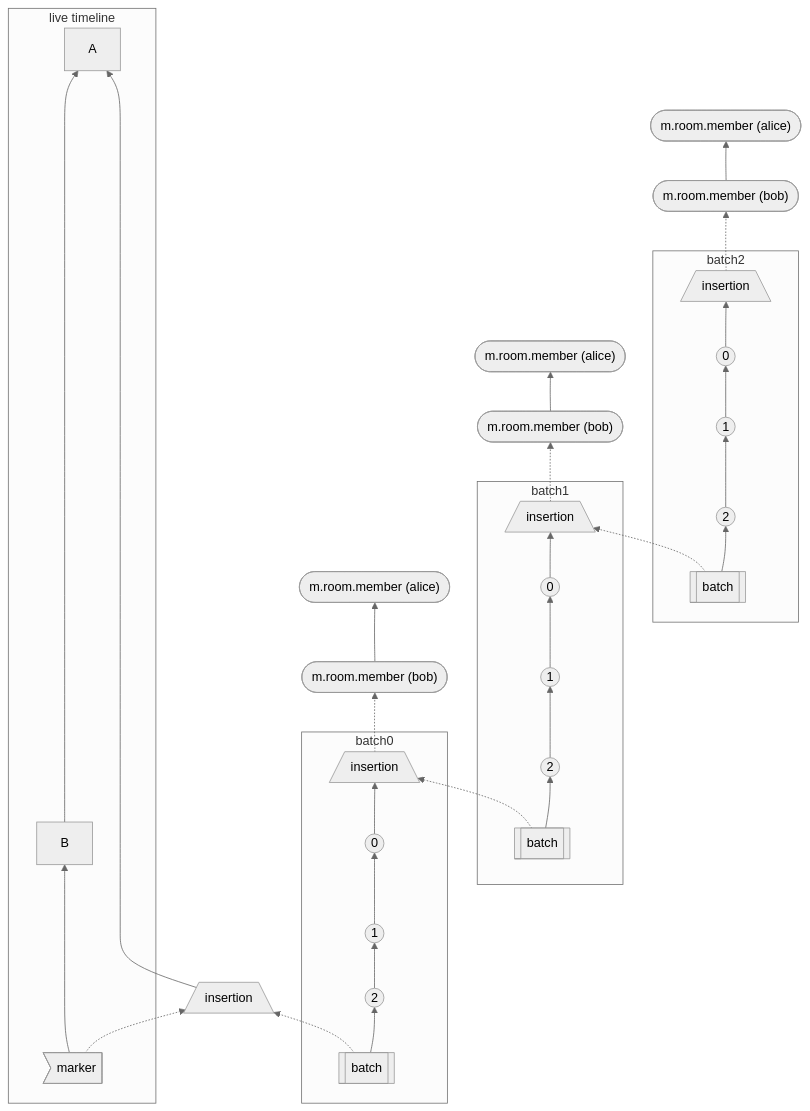
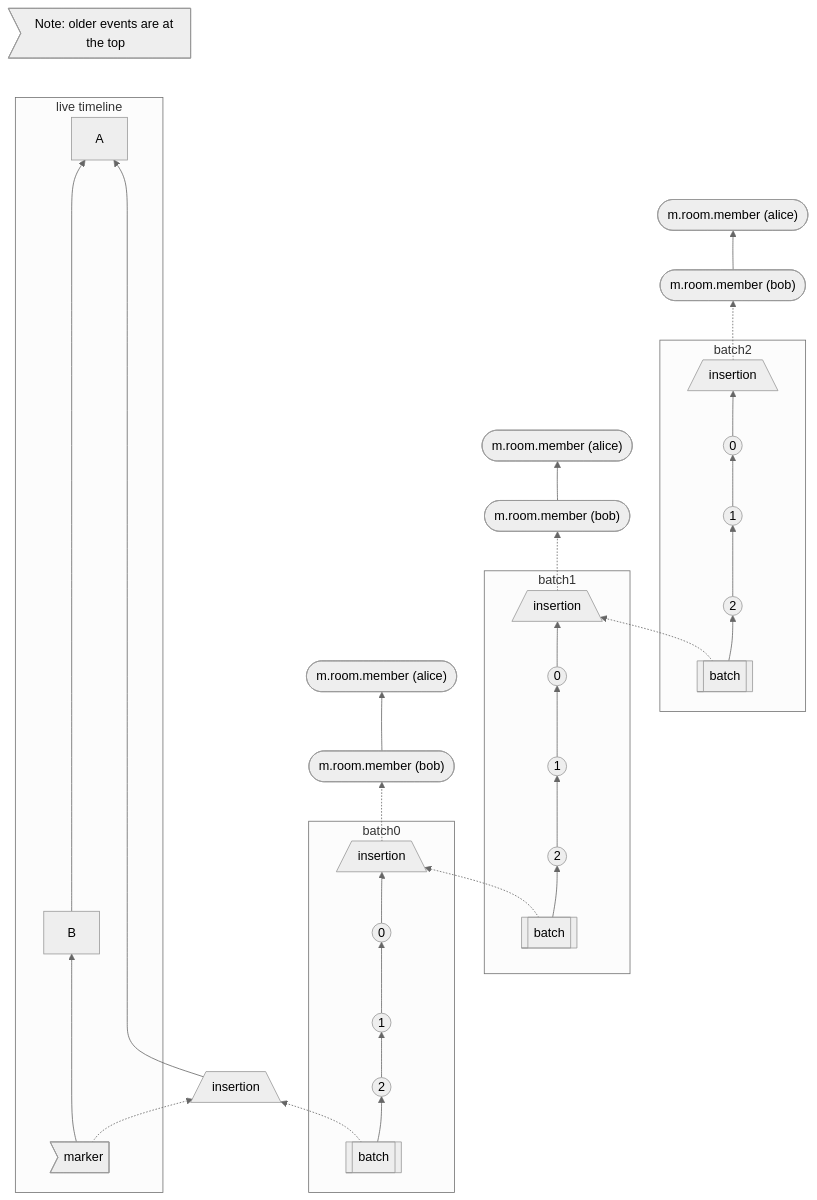
Before and after one commit to matrix-org/matrix-spec-proposals: the third of 3 diagrams in proposals/2716-batch-send-historical-messages.md, drawn with Mermaid (neutral theme). The commit also changed other lines of this file, not shown here.

First line of the commit message:
Add annotation that older events are at the top of the graphs

````diff
--- a/proposals/2716-batch-send-historical-messages.md
+++ b/proposals/2716-batch-send-historical-messages.md
@@ -465,29 +471,33 @@
 ```mermaid
 flowchart BT
+    A --- annotation1>"Note: older events are at the top"]
     subgraph live timeline
         marker1>"marker"] ----> B -----------------> A
     end
     
     subgraph batch0
         batch0-batch[["batch"]] --> batch0-2(("2")) --> batch0-1((1)) --> batch0-0((0)) --> batch0-insertion[/insertion\]
     end
 
     subgraph batch1
         batch1-batch[["batch"]] --> batch1-2(("2")) --> batch1-1((1)) --> batch1-0((0)) --> batch1-insertion[/insertion\]
     end
     
     subgraph batch2
         batch2-batch[["batch"]] --> batch2-2(("2")) --> batch2-1((1)) --> batch2-0((0)) --> batch2-insertion[/insertion\]
     end
 
 
     batch0-insertion -.-> memberBob0(["m.room.member (bob)"]) --> memberAlice0(["m.room.member (alice)"])
     batch1-insertion -.-> memberBob1(["m.room.member (bob)"]) --> memberAlice1(["m.room.member (alice)"])
     batch2-insertion -.-> memberBob2(["m.room.member (bob)"]) --> memberAlice2(["m.room.member (alice)"])
 
     marker1 -.-> batch0-insertionBase
     batch0-insertionBase[/insertion\] ---------------> A
     batch0-batch -.-> batch0-insertionBase[/insertion\]
     batch1-batch -.-> batch0-insertion
     batch2-batch -.-> batch1-insertion
+
+    %% make the annotation links invisible
+    linkStyle 0 stroke-width:2px,fill:none,stroke:none;
 ```
````
